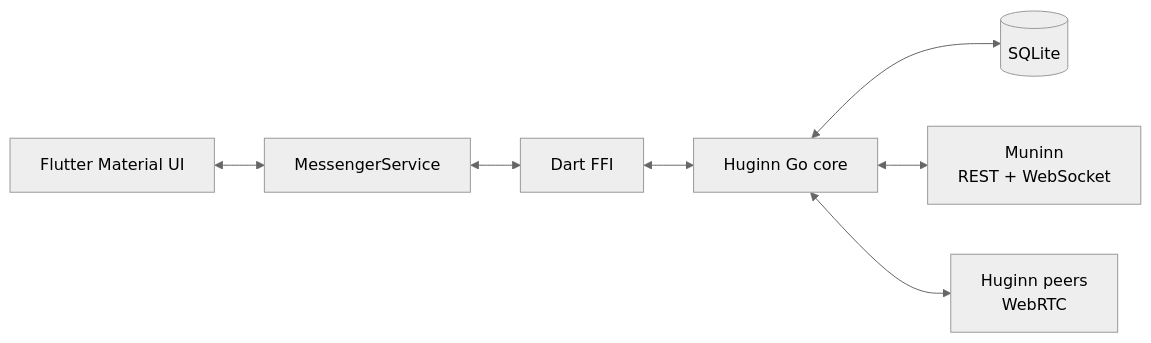
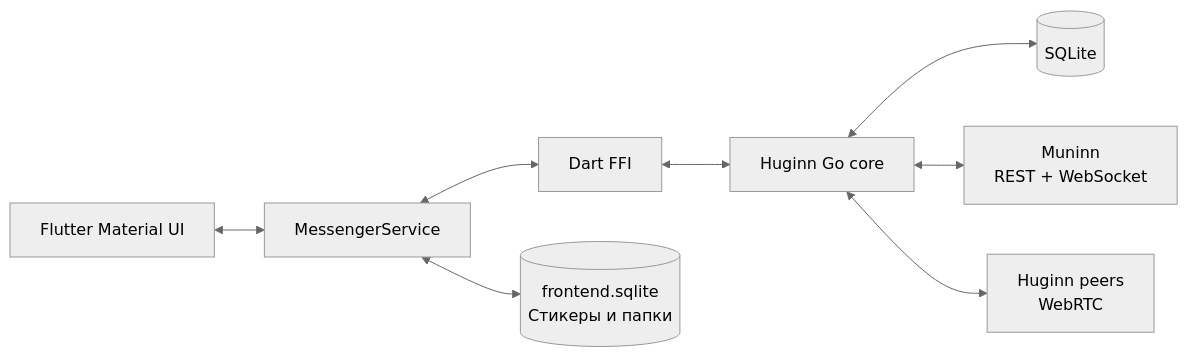
One commit to killbane1232/huginn-messenger-flutter changed the diagram in README.md. Above: the diagram before and after it, drawn with Mermaid (neutral theme). The commit also changed other lines of this file and 12 other files, not shown here.

Commit message:
Move stickers to frontend SQLite and add safe folder management

````diff
--- a/README.md
+++ b/README.md
@@ -49,17 +79,19 @@
 ```mermaid
 flowchart LR
     UI[Flutter Material UI]
     Service[MessengerService]
     FFI[Dart FFI]
     Go[Huginn Go core]
     DB[(SQLite)]
+    FrontendDB[(frontend.sqlite<br/>Стикеры и папки)]
     Muninn[Muninn<br/>REST + WebSocket]
     Peers[Huginn peers<br/>WebRTC]
 
     UI <--> Service
     Service <--> FFI
+    Service <--> FrontendDB
     FFI <--> Go
     Go <--> DB
     Go <--> Muninn
     Go <--> Peers
 ```
````
